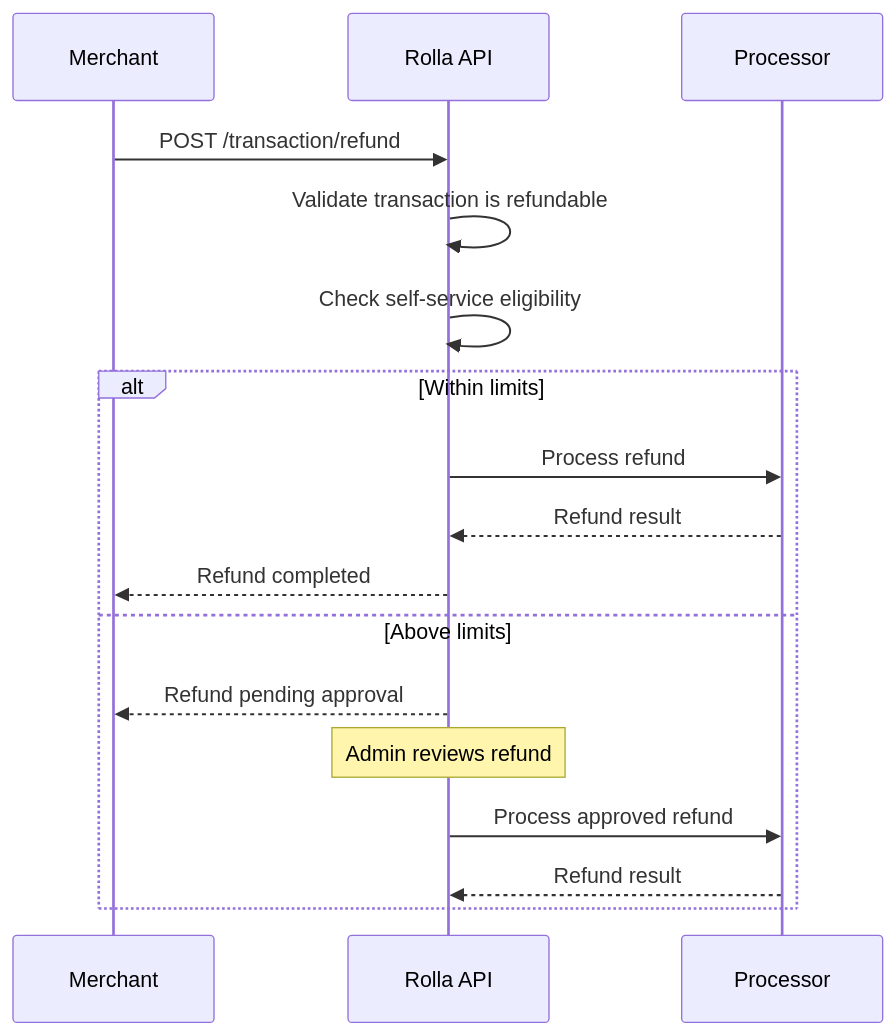
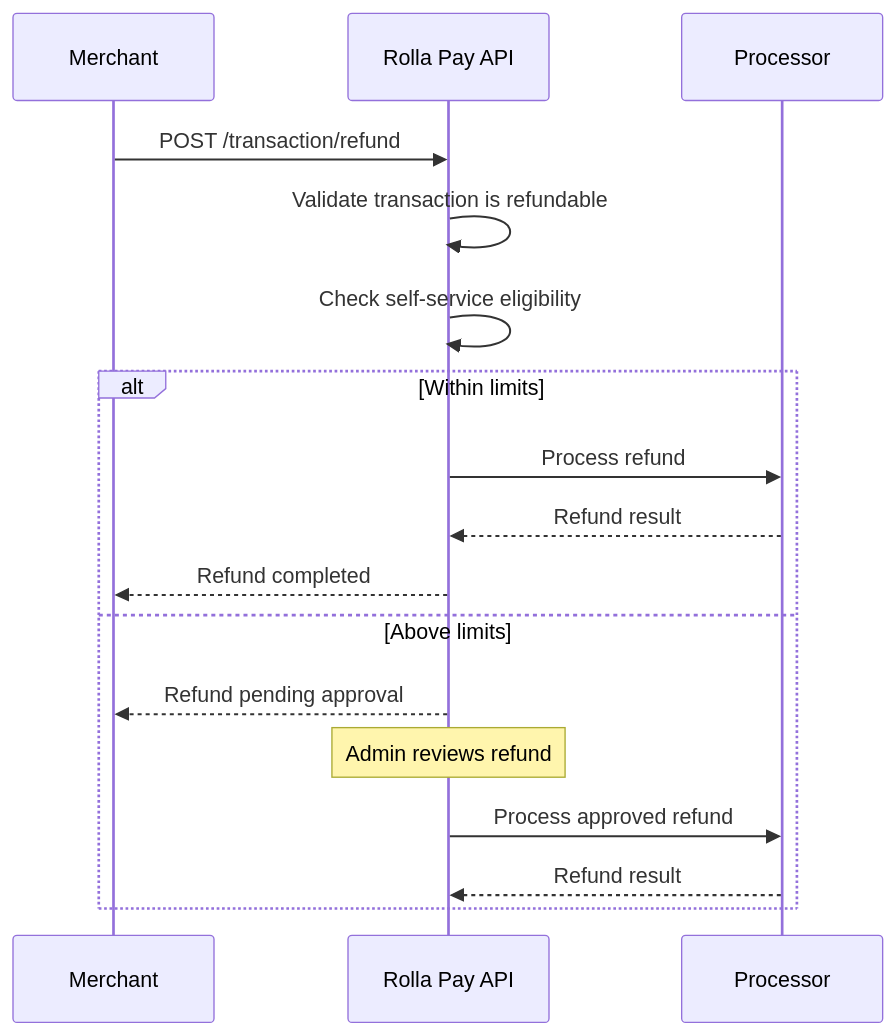
Before and after one commit to RollaFi/mintlify-docs: the diagram in api-reference/refunds.mdx, drawn with Mermaid. The commit also changed 3 other files, not shown here.

````diff
--- a/api-reference/refunds.mdx
+++ b/api-reference/refunds.mdx
@@ -12,20 +12,20 @@
 ```mermaid
 sequenceDiagram
     participant M as Merchant
-    participant R as Rolla API
+    participant R as Rolla Pay API
     participant P as Processor
 
     M->>R: POST /transaction/refund
     R->>R: Validate transaction is refundable
     R->>R: Check self-service eligibility
     alt Within limits
         R->>P: Process refund
         P-->>R: Refund result
         R-->>M: Refund completed
     else Above limits
         R-->>M: Refund pending approval
         Note over R: Admin reviews refund
         R->>P: Process approved refund
         P-->>R: Refund result
     end
 ```
````
